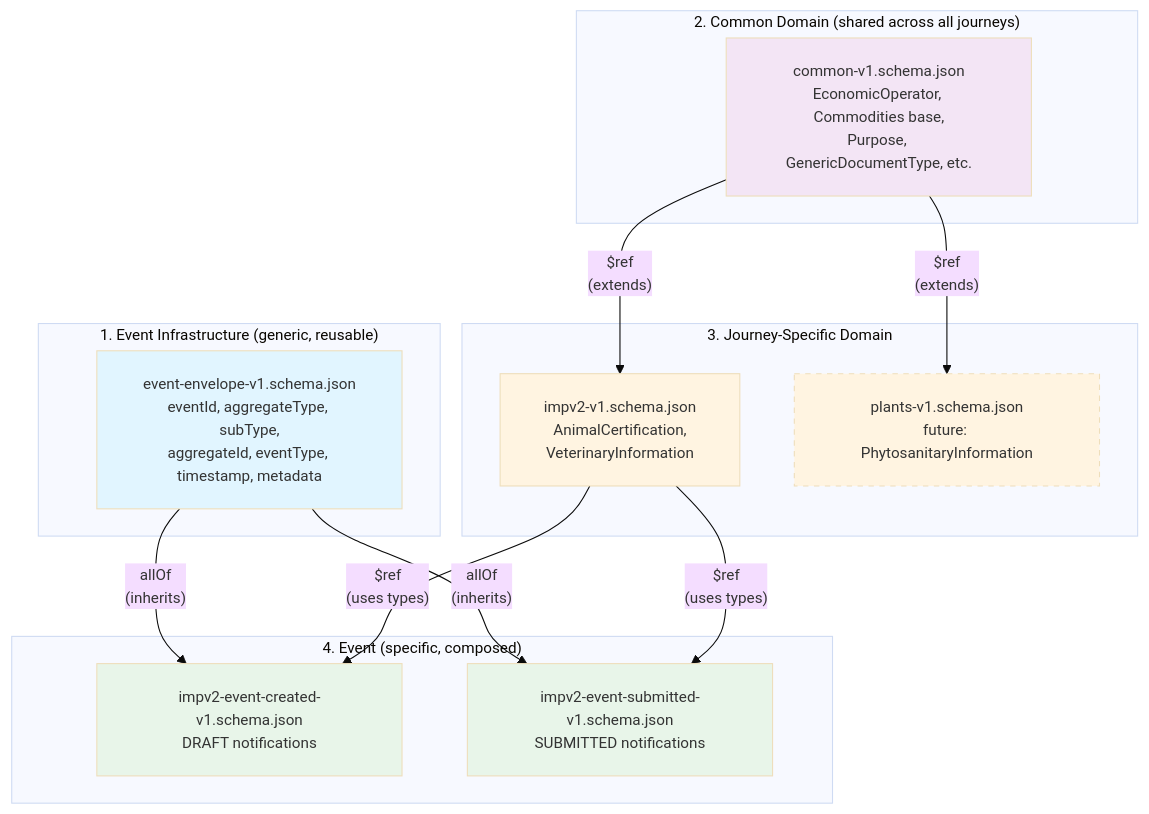
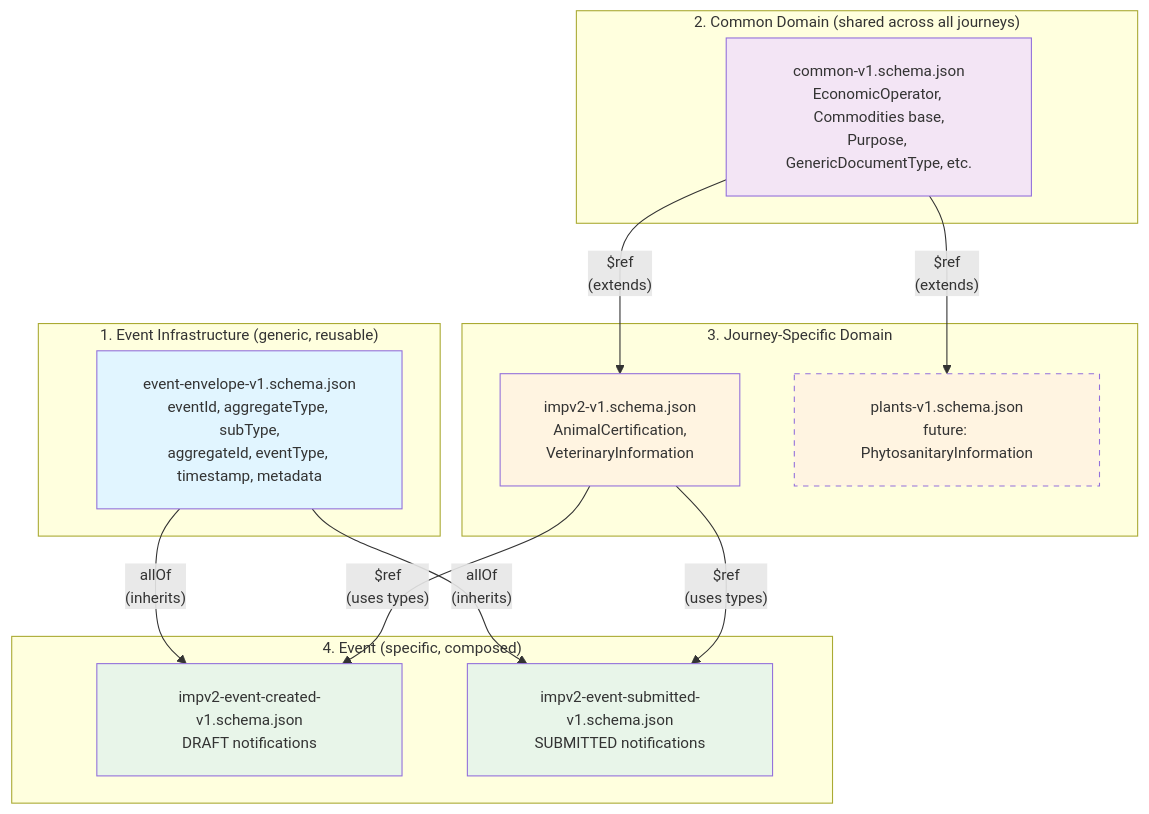
Before and after one commit to DEFRA/trade-imports-schemas: the diagram in README.md, drawn with Mermaid. The commit also changed other lines of this file, not shown here.

````diff
--- a/README.md
+++ b/README.md
@@ -58,45 +58,45 @@
 ```mermaid
 %%{
   init: {
-    'theme': 'base',
+    'theme': 'default',
     'themeVariables': {
       'fontSize': '14px'
     },
     'flowchart': {
       'padding': 20
     }
   }
 }%%
 flowchart TD
     subgraph Infrastructure["1. Event Infrastructure (generic, reusable)"]
         envelope[event-envelope-v1.schema.json<br/>eventId, aggregateType, subType,<br/>aggregateId, eventType, timestamp, metadata]
     end
 
     subgraph Common["2. Common Domain (shared across all journeys)"]
         common[common-v1.schema.json<br/>EconomicOperator, Commodities base,<br/>Purpose, GenericDocumentType, etc.]
     end
 
     subgraph JourneyDomain["3. Journey-Specific Domain"]
         impv2[impv2-v1.schema.json<br/>AnimalCertification,<br/>VeterinaryInformation]
         plants[plants-v1.schema.json<br/>future: PhytosanitaryInformation]
     end
 
     subgraph Events["4. Event  (specific, composed)"]
         created[impv2-event-created-v1.schema.json<br/>DRAFT notifications]
         submitted[impv2-event-submitted-v1.schema.json<br/>SUBMITTED notifications]
     end
 
     common -->|"$ref<br/>(extends)"| impv2
     common -->|"$ref<br/>(extends)"| plants
     envelope -->|"allOf<br/>(inherits)"| created
     envelope -->|"allOf<br/>(inherits)"| submitted
     impv2 -->|"$ref<br/>(uses types)"| created
     impv2 -->|"$ref<br/>(uses types)"| submitted
 
     style envelope fill:#e1f5ff
     style common fill:#f3e5f5
     style impv2 fill:#fff4e1
     style plants fill:#fff4e1,stroke-dasharray: 5 5
     style created fill:#e8f5e9
     style submitted fill:#e8f5e9
 ```
````
